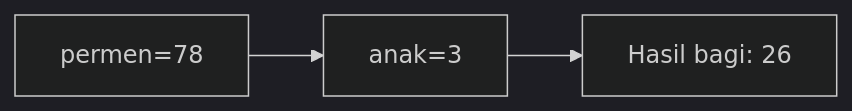
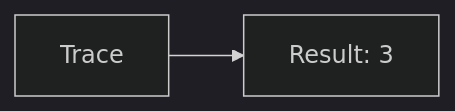
The second of 25 diagrams in part-c-pemahaman-cpp/01-tipe-data/latihan/set-11.md (amnahwaida/OSNK_INF_PREP), drawn with Mermaid (dark theme) before and after one commit. The commit also changed other lines of this file and 71 other files, not shown here.

````diff
--- a/part-c-pemahaman-cpp/01-tipe-data/latihan/set-11.md
+++ b/part-c-pemahaman-cpp/01-tipe-data/latihan/set-11.md
@@ -51,5 +43,4 @@
 ```mermaid
 graph LR
-A["permen=78"] --> B["anak=3"]
-B --> C["Hasil bagi: 26"]
+A[Trace] --> B[Result: 3]
 ```
````
